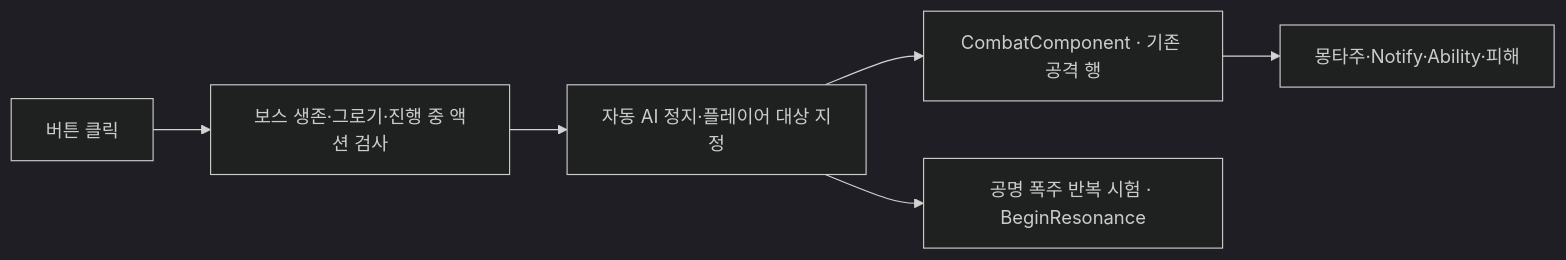
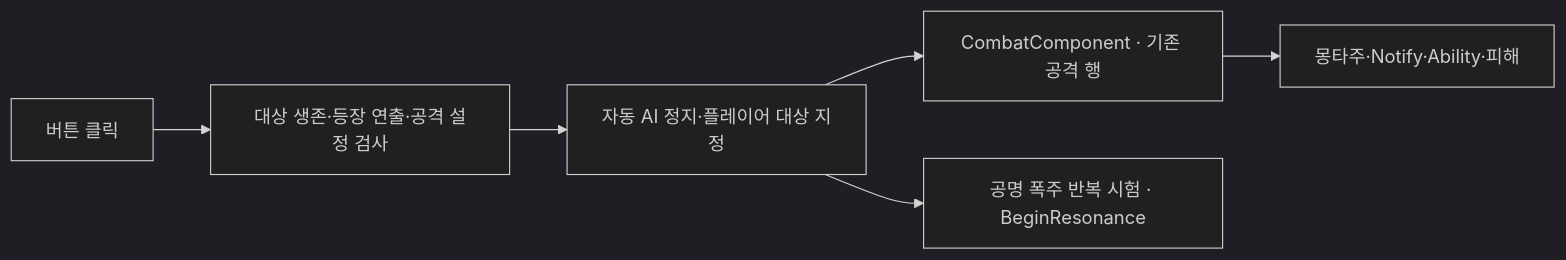
Before and after one commit to DreamersStudio3/Maverick: the diagram in docs/wiki/Features/Boss-Attack-Test/document.md, drawn with Mermaid (dark theme). The commit also changed other lines of this file and 28 other files, not shown here.

````diff
--- a/docs/wiki/Features/Boss-Attack-Test/document.md
+++ b/docs/wiki/Features/Boss-Attack-Test/document.md
@@ -29,8 +37,8 @@
 ```mermaid
 flowchart LR
-    Click["버튼 클릭"] --> Guard["보스 생존·그로기·진행 중 액션 검사"]
+    Click["버튼 클릭"] --> Guard["대상 생존·등장 연출·공격 설정 검사"]
     Guard --> Manual["자동 AI 정지·플레이어 대상 지정"]
     Manual --> Combat["CombatComponent · 기존 공격 행"]
     Combat --> Ability["몽타주·Notify·Ability·피해"]
     Manual --> Resonance["공명 폭주 반복 시험 · BeginResonance"]
 ```
````
